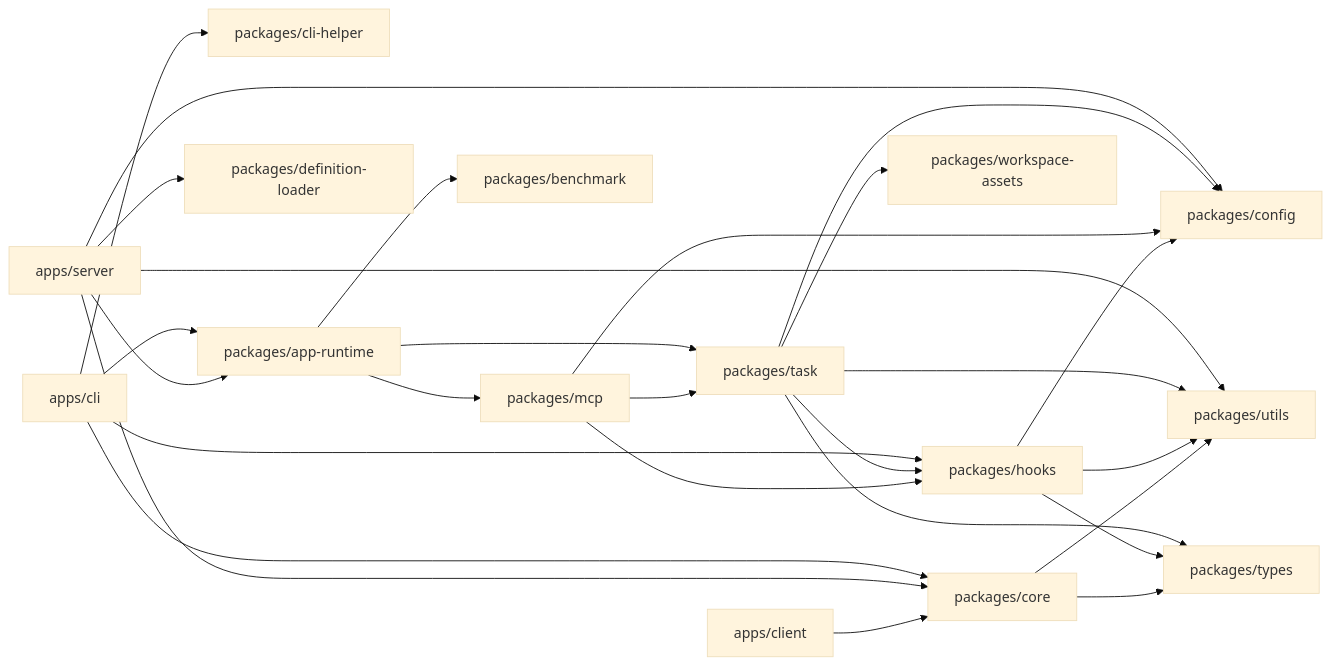
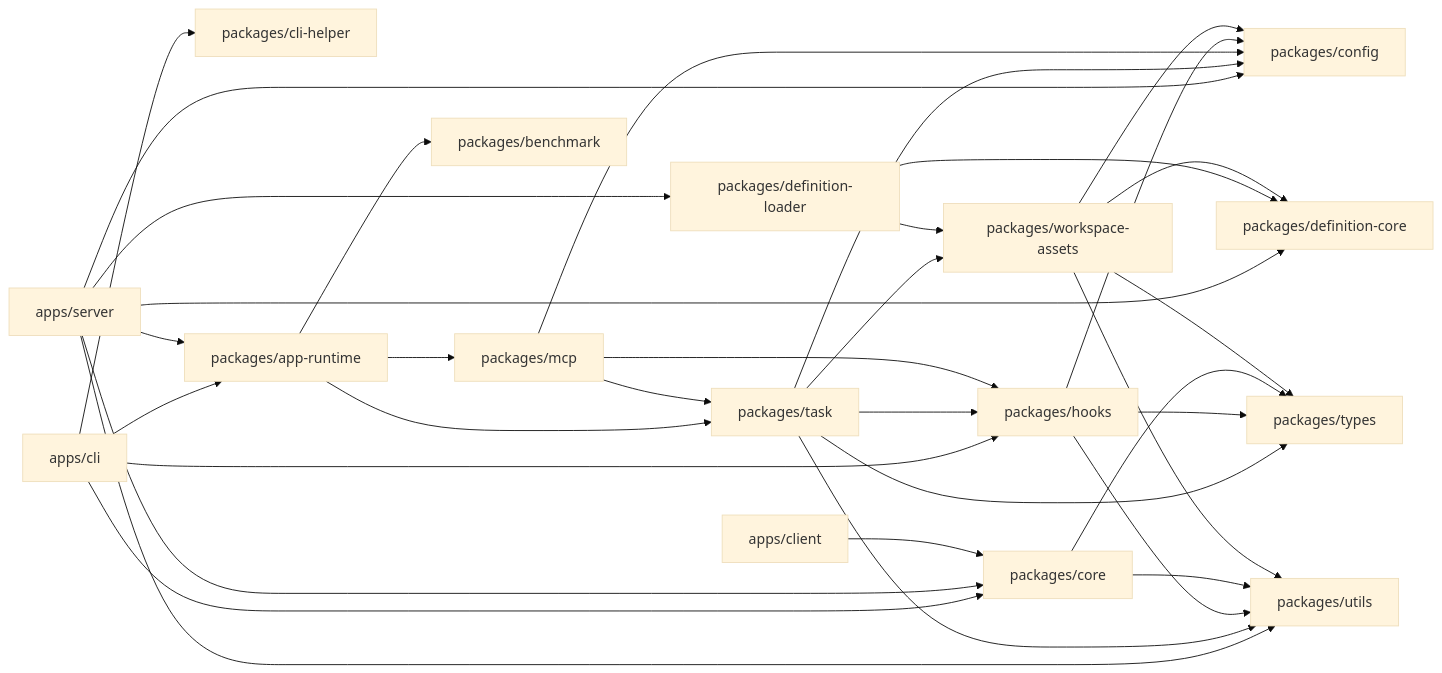
One commit to vibe-forge-ai/vibe-forge.ai changed the diagram in .ai/rules/architecture/dependencies.md. Above: the diagram before and after it, drawn with Mermaid (base theme). The commit also changed other lines of this file and 40 other files, not shown here.

````diff
--- a/.ai/rules/architecture/dependencies.md
+++ b/.ai/rules/architecture/dependencies.md
@@ -7,36 +7,45 @@
 ```mermaid
 flowchart LR
   CLI["apps/cli"] --> Helper["packages/cli-helper"]
   CLI --> AppRuntime["packages/app-runtime"]
   CLI --> Hooks["packages/hooks"]
   CLI --> Core["packages/core"]
 
   Server["apps/server"] --> AppRuntime
   Server --> Core
   Server --> Config["packages/config"]
+  Server --> DefinitionCore["packages/definition-core"]
   Server --> DefinitionLoader["packages/definition-loader"]
   Server --> Utils["packages/utils"]
 
   Client["apps/client"] --> Core
 
   AppRuntime --> Task["packages/task"]
   AppRuntime --> MCP["packages/mcp"]
   AppRuntime --> Benchmark["packages/benchmark"]
 
   Task --> WorkspaceAssets["packages/workspace-assets"]
   Task --> Hooks
   Task --> Config
   Task --> Utils
   Task --> Types["packages/types"]
 
   MCP --> Task
   MCP --> Hooks
   MCP --> Config
 
   Hooks --> Config
   Hooks --> Utils
   Hooks --> Types
 
   Core --> Types
   Core --> Utils
+
+  DefinitionLoader --> DefinitionCore
+  DefinitionLoader --> WorkspaceAssets
+
+  WorkspaceAssets --> DefinitionCore
+  WorkspaceAssets --> Config
+  WorkspaceAssets --> Utils
+  WorkspaceAssets --> Types
 ```
````
